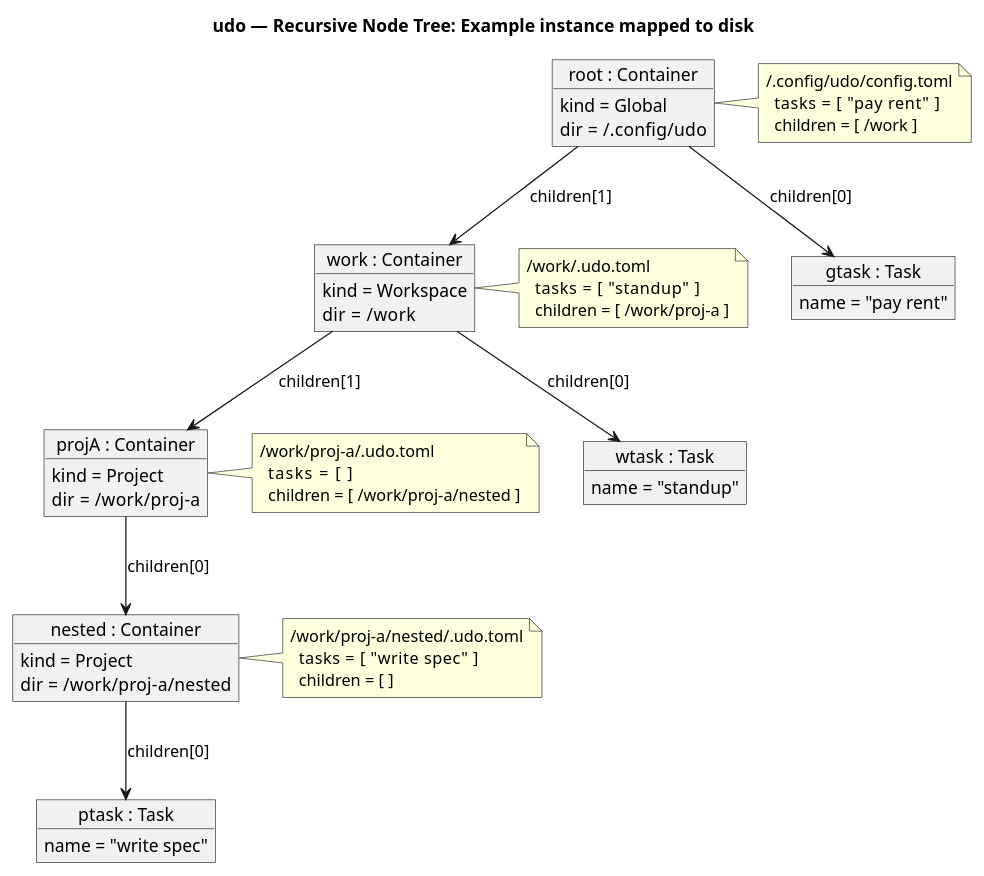
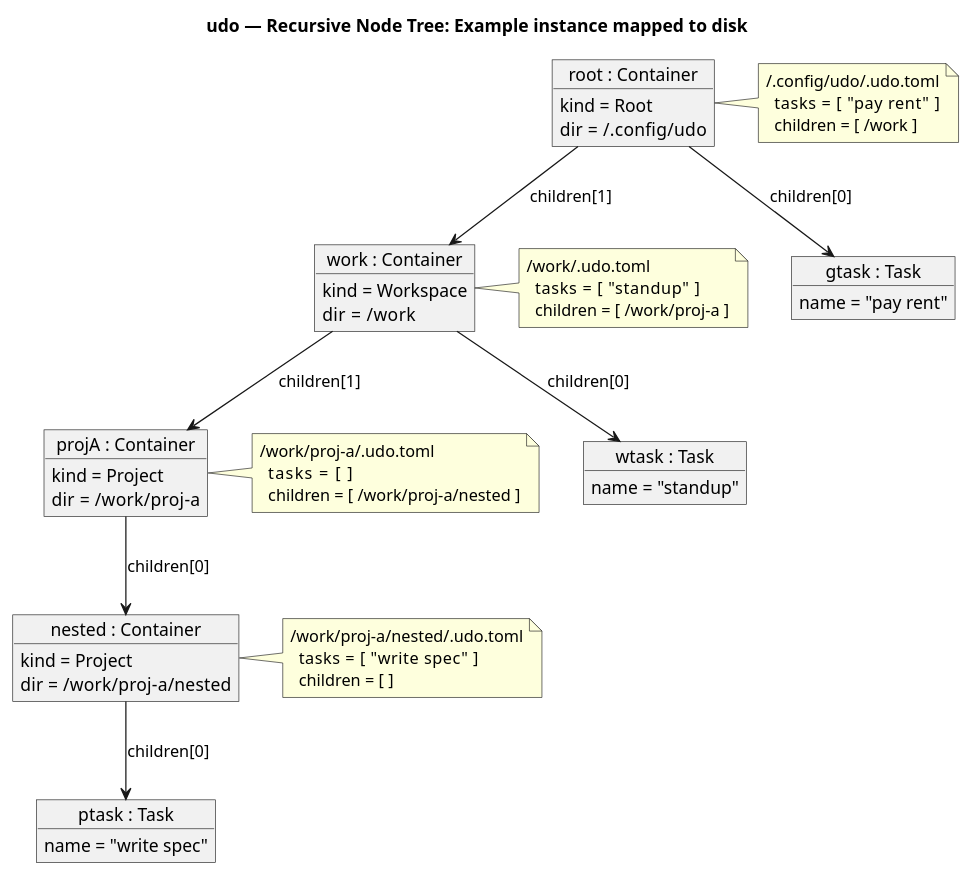
Before and after one commit to jqyDee/udo: the diagram in docs/tree/02-instance.puml, drawn with PlantUML. The commit also changed 13 other files, not shown here.

```diff
--- a/docs/tree/02-instance.puml
+++ b/docs/tree/02-instance.puml
@@ -1,60 +1,60 @@
 @startuml
 title udo — Recursive Node Tree: Example instance mapped to disk
 
 hide empty members
 
 object "root : Container" as root {
-  kind = Global
+  kind = Root
   dir  = ~/.config/udo
 }
 object "gtask : Task" as gtask {
   name = "pay rent"
 }
 object "work : Container" as work {
   kind = Workspace
   dir  = ~/work
 }
 object "wtask : Task" as wtask {
   name = "standup"
 }
 object "projA : Container" as projA {
   kind = Project
   dir  = ~/work/proj-a
 }
 object "nested : Container" as nested {
   kind = Project
   dir  = ~/work/proj-a/nested
 }
 object "ptask : Task" as ptask {
   name = "write spec"
 }
 
 root  --> gtask : children[0]
 root  --> work  : children[1]
 work  --> wtask : children[0]
 work  --> projA : children[1]
 projA --> nested : children[0]
 nested --> ptask : children[0]
 
 note right of root
-  ~/.config/udo/config.toml
+  ~/.config/udo/.udo.toml
     tasks    = [ "pay rent" ]
     children = [ ~/work ]
 end note
 note right of work
   ~/work/.udo.toml
     tasks    = [ "standup" ]
     children = [ ~/work/proj-a ]
 end note
 note right of projA
   ~/work/proj-a/.udo.toml
     tasks    = [ ]
     children = [ ~/work/proj-a/nested ]
 end note
 note right of nested
   ~/work/proj-a/nested/.udo.toml
     tasks    = [ "write spec" ]
     children = [ ]
 end note
 
 @enduml
```
